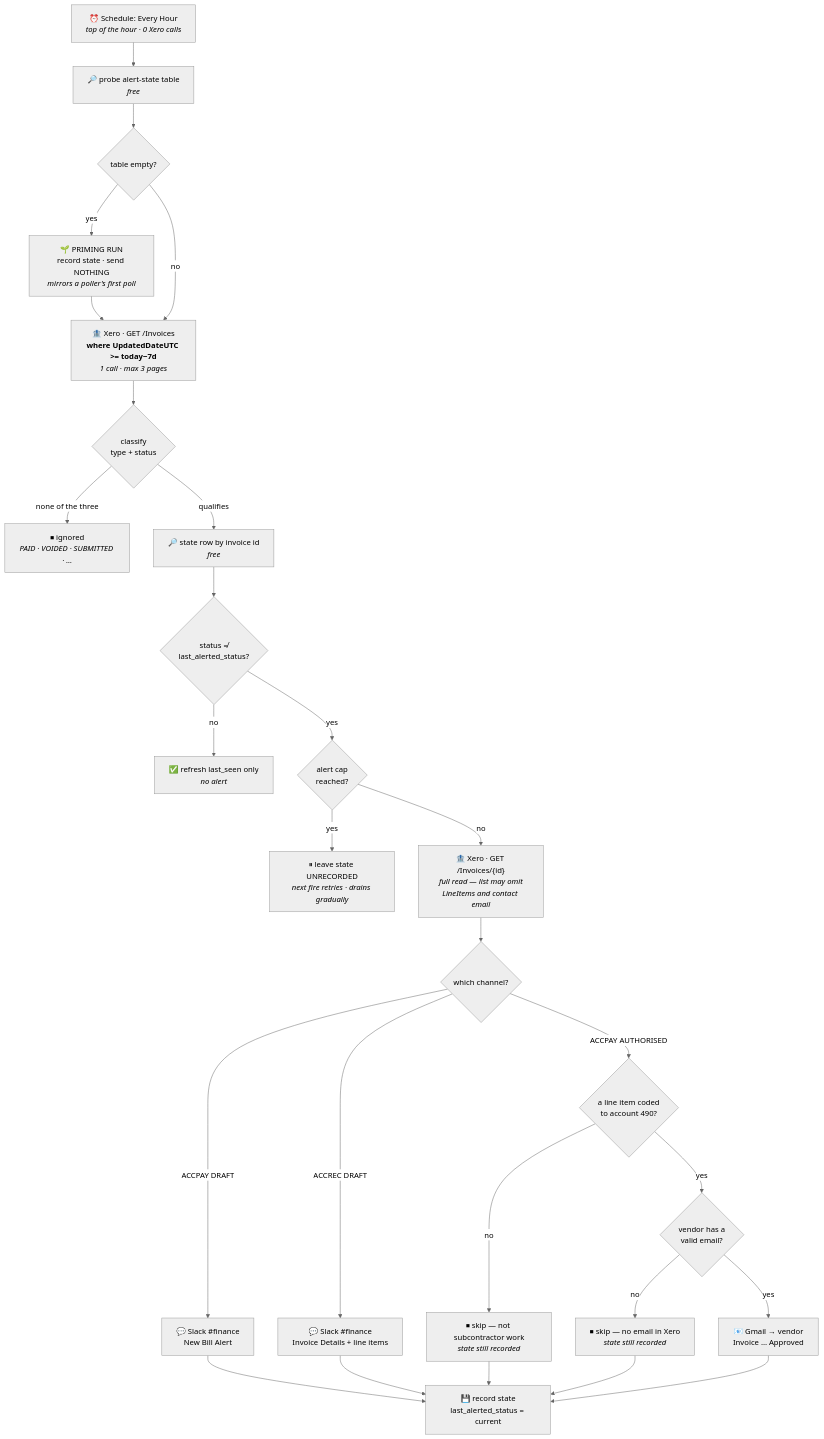
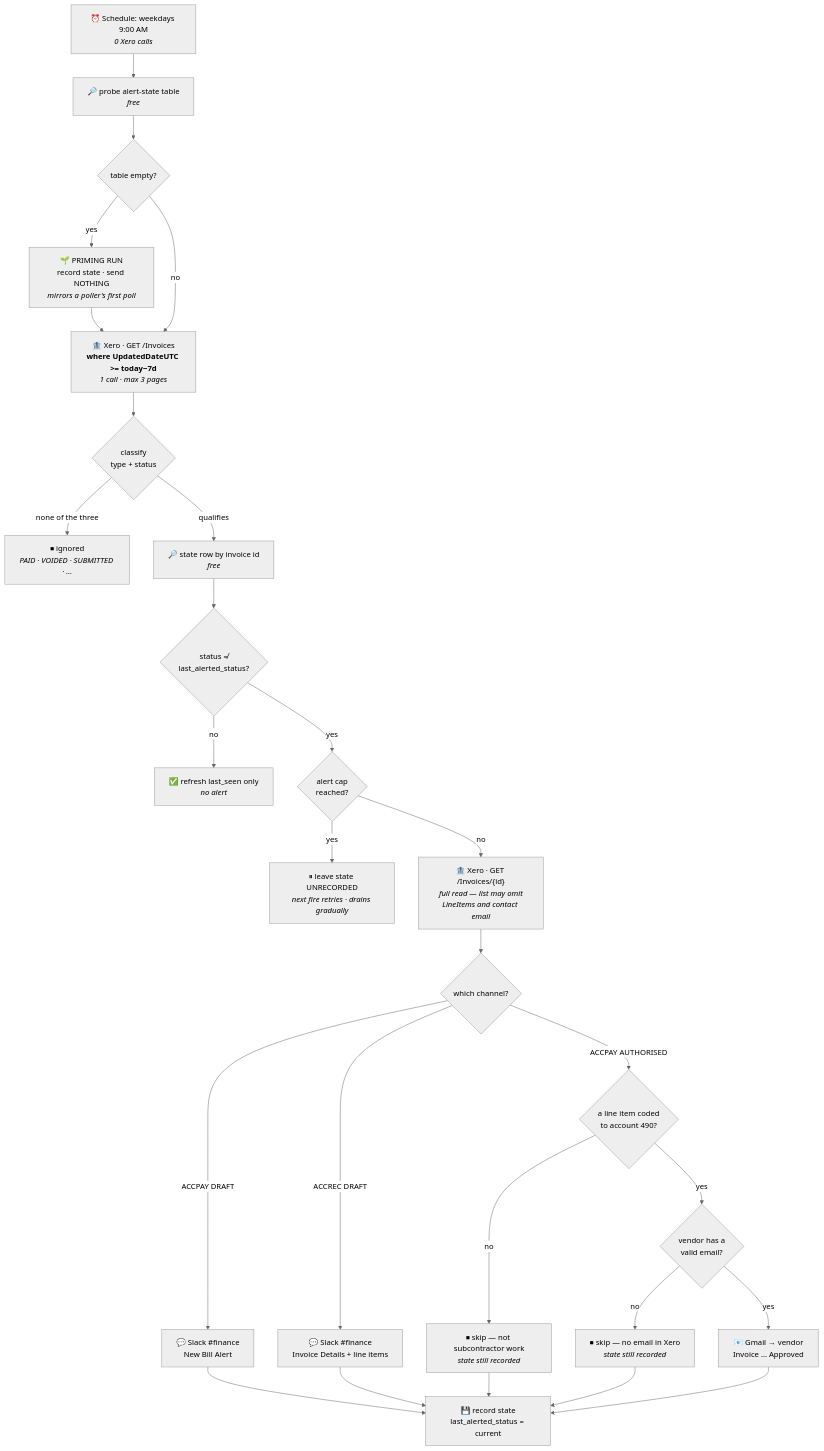
Before and after one commit to work-flowers/zapier-sdk: the diagram in xero-invoice-alerts/README.md, drawn with Mermaid (neutral theme). The commit also changed other lines of this file and 16 other files, not shown here.

````diff
--- a/xero-invoice-alerts/README.md
+++ b/xero-invoice-alerts/README.md
@@ -35,32 +36,32 @@
 ```mermaid
 flowchart TD
-    T["⏰ Schedule: Every Hour<br/><i>top of the hour · 0 Xero calls</i>"] --> P["🔎 probe alert-state table<br/><i>free</i>"]
+    T["⏰ Schedule: weekdays 9:00 AM<br/><i>0 Xero calls</i>"] --> P["🔎 probe alert-state table<br/><i>free</i>"]
     P --> PR{"table empty?"}
     PR -- "yes" --> PRIME["🌱 PRIMING RUN<br/>record state · send NOTHING<br/><i>mirrors a poller's first poll</i>"]
     PR -- "no" --> Q
     PRIME --> Q
     Q["🏦 Xero · GET /Invoices<br/><b>where UpdatedDateUTC >= today−7d</b><br/><i>1 call · max 3 pages</i>"]
     Q --> C{"classify<br/>type + status"}
     C -- "none of the three" --> IG["⏹ ignored<br/><i>PAID · VOIDED · SUBMITTED · …</i>"]
     C -- "qualifies" --> S["🔎 state row by invoice id<br/><i>free</i>"]
     S --> D{"status ≠<br/>last_alerted_status?"}
     D -- no --> TOUCH["✅ refresh last_seen only<br/><i>no alert</i>"]
     D -- yes --> CAP{"alert cap<br/>reached?"}
     CAP -- yes --> HOLD["⏸ leave state UNRECORDED<br/><i>next fire retries · drains gradually</i>"]
     CAP -- no --> F["🏦 Xero · GET /Invoices/{id}<br/><i>full read — list may omit<br/>LineItems and contact email</i>"]
     F --> R{"which channel?"}
 
     R -- "ACCPAY DRAFT" --> SB["💬 Slack #finance<br/>New Bill Alert"]
     R -- "ACCREC DRAFT" --> SS["💬 Slack #finance<br/>Invoice Details + line items"]
     R -- "ACCPAY AUTHORISED" --> G1{"a line item coded<br/>to account 490?"}
     G1 -- no --> SK1["⏹ skip — not subcontractor work<br/><i>state still recorded</i>"]
     G1 -- yes --> G2{"vendor has a<br/>valid email?"}
     G2 -- no --> SK2["⏹ skip — no email in Xero<br/><i>state still recorded</i>"]
     G2 -- yes --> EM["📧 Gmail → vendor<br/>Invoice … Approved"]
 
     SB --> W["💾 record state<br/>last_alerted_status = current"]
     SS --> W
     EM --> W
     SK1 --> W
     SK2 --> W
 ```
````
